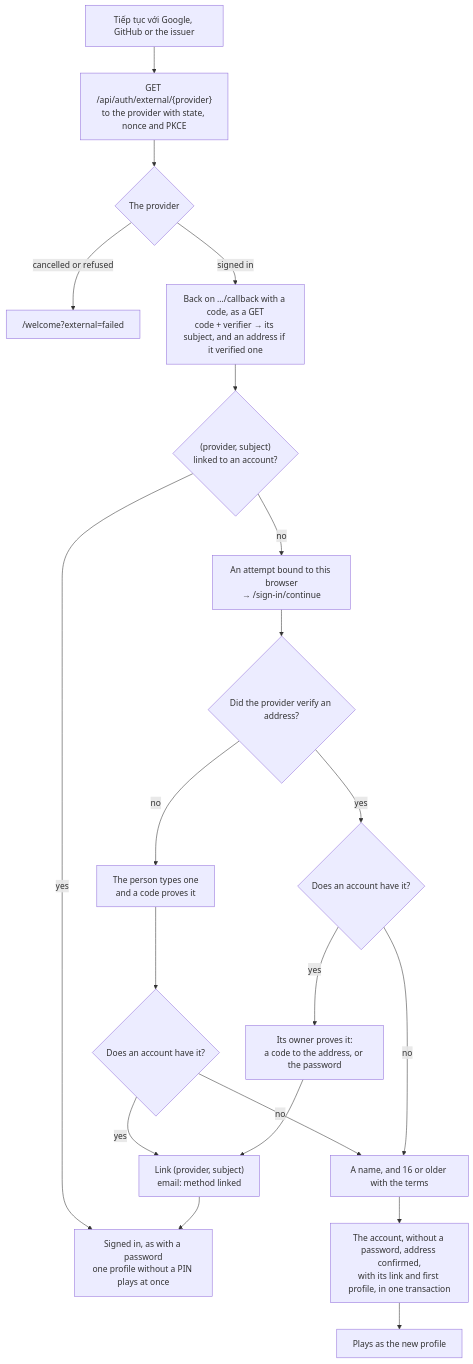
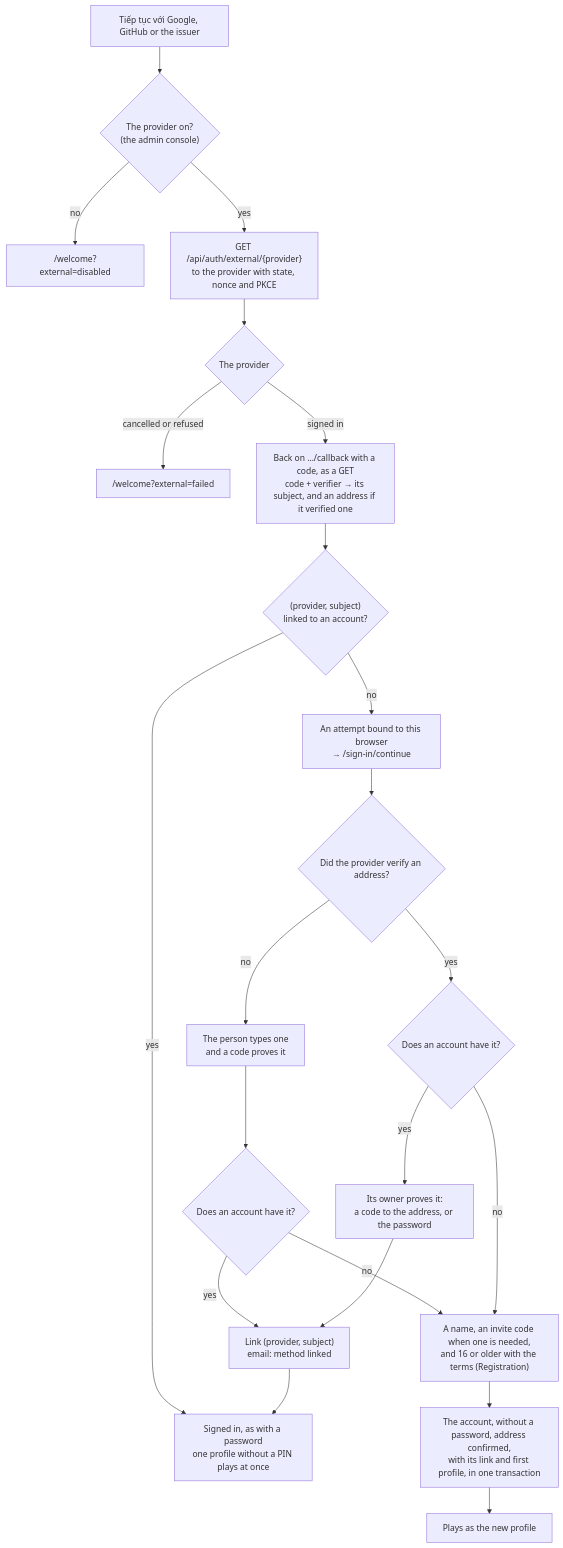
Before and after one commit to vinh466/tohe-play: the fifth of 11 diagrams in docs/architecture/identity.md, drawn with Mermaid. The commit also changed other lines of this file and 7 other files, not shown here.

First line of the commit message:
docs: ADR 0028 — sign-in and registration at run time, communities and invite codes

````diff
--- a/docs/architecture/identity.md
+++ b/docs/architecture/identity.md
@@ -166,22 +225,24 @@
 ```mermaid
 flowchart TD
-  go["Tiếp tục với Google, GitHub or the issuer"] --> out["GET /api/auth/external/{provider}<br/>to the provider with state, nonce and PKCE"]
+  go["Tiếp tục với Google, GitHub or the issuer"] --> on{"The provider on?<br/>(the admin console)"}
+  on -- no --> disabled["/welcome?external=disabled"]
+  on -- yes --> out["GET /api/auth/external/{provider}<br/>to the provider with state, nonce and PKCE"]
   out --> provider{"The provider"}
   provider -- "cancelled or refused" --> failed["/welcome?external=failed"]
   provider -- "signed in" --> back["Back on …/callback with a code, as a GET<br/>code + verifier → its subject, and an address if it verified one"]
   back --> known{"(provider, subject)<br/>linked to an account?"}
   known -- yes --> signin["Signed in, as with a password<br/>one profile without a PIN plays at once"]
   known -- no --> wait["An attempt bound to this browser<br/>→ /sign-in/continue"]
   wait --> verified{"Did the provider verify an address?"}
   verified -- no --> ask["The person types one<br/>and a code proves it"]
   verified -- yes --> has2{"Does an account have it?"}
   ask --> has1{"Does an account have it?"}
   has1 -- yes --> link["Link (provider, subject)<br/>email: method linked"]
   has2 -- yes --> proof["Its owner proves it:<br/>a code to the address, or the password"]
   proof --> link
-  has1 -- no --> signup["A name, and 16 or older with the terms"]
+  has1 -- no --> signup["A name, an invite code when one is needed,<br/>and 16 or older with the terms (Registration)"]
   has2 -- no --> signup
   signup --> create["The account, without a password, address confirmed,<br/>with its link and first profile, in one transaction"]
   link --> signin
   create --> plays["Plays as the new profile"]
 ```
````
